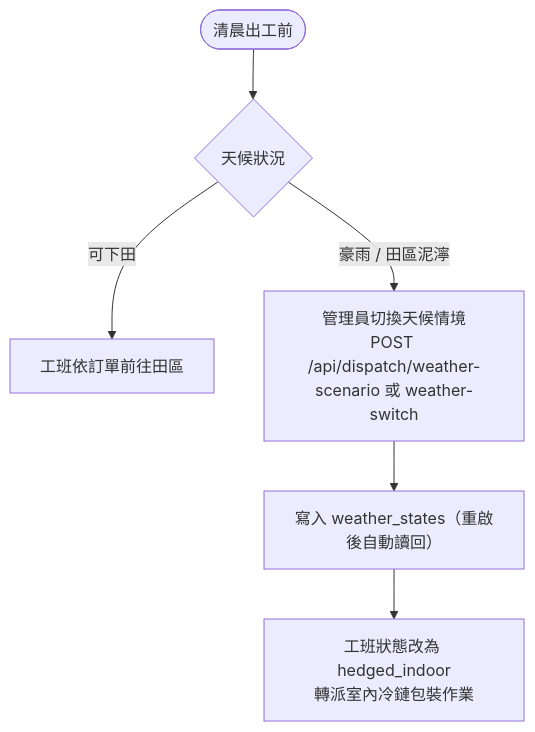
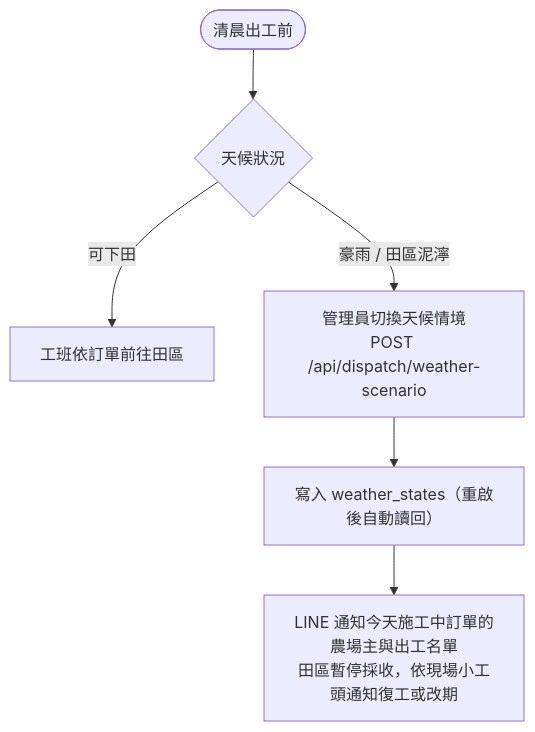
Before and after one commit to xx8888x/agridispatch: the fourth of 5 diagrams in 文件/07_系統分析及文件/01_系統分析與架構設計規格書.md, drawn with Mermaid. The commit also changed other lines of this file and 21 other files, not shown here.

````diff
--- a/文件/07_系統分析及文件/01_系統分析與架構設計規格書.md
+++ b/文件/07_系統分析及文件/01_系統分析與架構設計規格書.md
@@ -144,8 +144,8 @@
 ```mermaid
 flowchart TD
     Start([清晨出工前]) --> Check{天候狀況}
     Check -- "可下田" --> Field["工班依訂單前往田區"]
-    Check -- "豪雨 / 田區泥濘" --> Switch["管理員切換天候情境<br/>POST /api/dispatch/weather-scenario 或 weather-switch"]
+    Check -- "豪雨 / 田區泥濘" --> Switch["管理員切換天候情境<br/>POST /api/dispatch/weather-scenario"]
     Switch --> Persist["寫入 weather_states（重啟後自動讀回）"]
-    Persist --> Redirect["工班狀態改為 hedged_indoor<br/>轉派室內冷鏈包裝作業"]
+    Persist --> Notify["LINE 通知今天施工中訂單的農場主與出工名單<br/>田區暫停採收，依現場小工頭通知復工或改期"]
 ```
````
